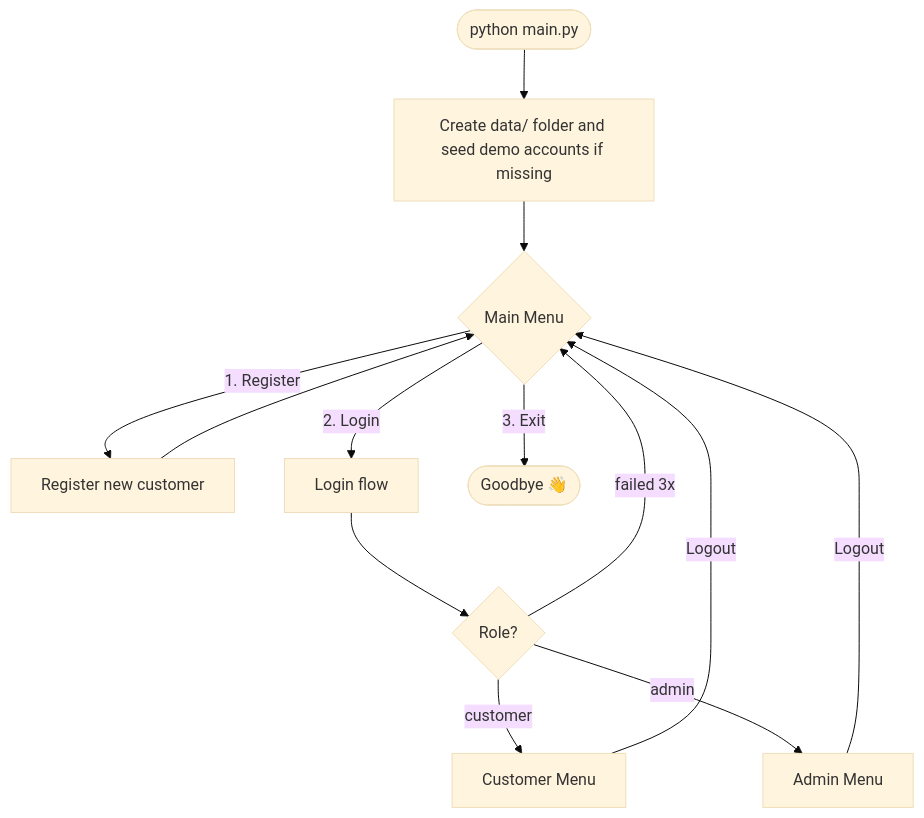
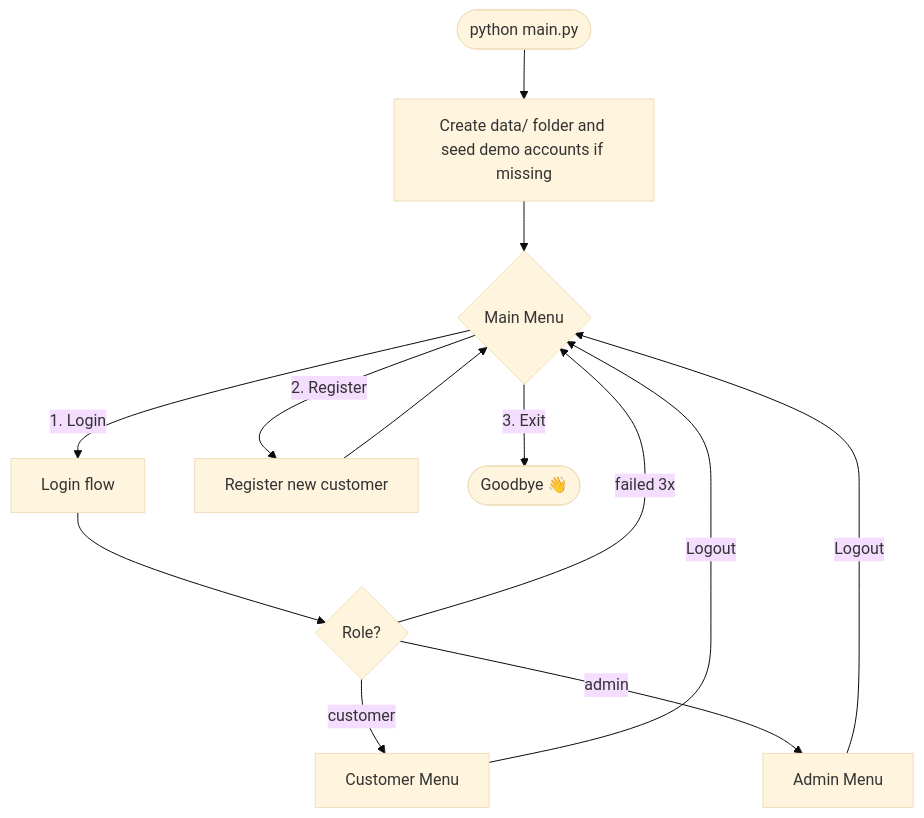
Before and after one commit to Tannu980/GreenCart: the third of 8 diagrams in README.md, drawn with Mermaid (base theme). The commit also changed other lines of this file, not shown here.

````diff
--- a/README.md
+++ b/README.md
@@ -170,15 +166,15 @@
 ```mermaid
 flowchart TD
     START([python main.py]) --> INIT[Create data/ folder and seed demo accounts if missing]
     INIT --> MAIN{Main Menu}
-    MAIN -->|1. Register| REG[Register new customer]
-    MAIN -->|2. Login| LOGIN[Login flow]
+    MAIN -->|1. Login| LOGIN[Login flow]
+    MAIN -->|2. Register| REG[Register new customer]
     MAIN -->|3. Exit| END([Goodbye 👋])
     REG --> MAIN
     LOGIN --> ROLE{Role?}
     ROLE -->|customer| CUST[Customer Menu]
     ROLE -->|admin| ADM[Admin Menu]
     ROLE -->|failed 3x| MAIN
     CUST -->|Logout| MAIN
     ADM -->|Logout| MAIN
 ```
````
